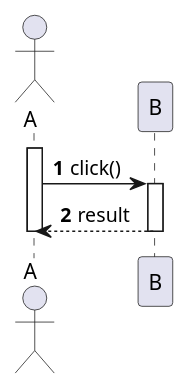
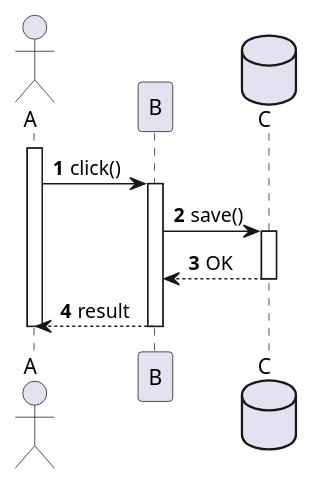
The diagram in plantuml-editor-frontend/src/assets/example-diagrams/sequence-diagram/simple.pu (Hakenadu/plantuml-editor), drawn with PlantUML before and after one commit. The commit also changed 13 other files, not shown here.

```diff
--- a/plantuml-editor-frontend/src/assets/example-diagrams/sequence-diagram/simple.pu
+++ b/plantuml-editor-frontend/src/assets/example-diagrams/sequence-diagram/simple.pu
@@ -1,18 +1,25 @@
 @startuml
 
 autonumber
 
 actor A
 participant B
+database C
 
 activate A
 
 A -> B: click()
 
 activate B
+B -> C: save()
+
+activate C
+C --> B: OK
+deactivate C
+
 B --> A: result
 deactivate B
 
 deactivate A
 
 @enduml
```
